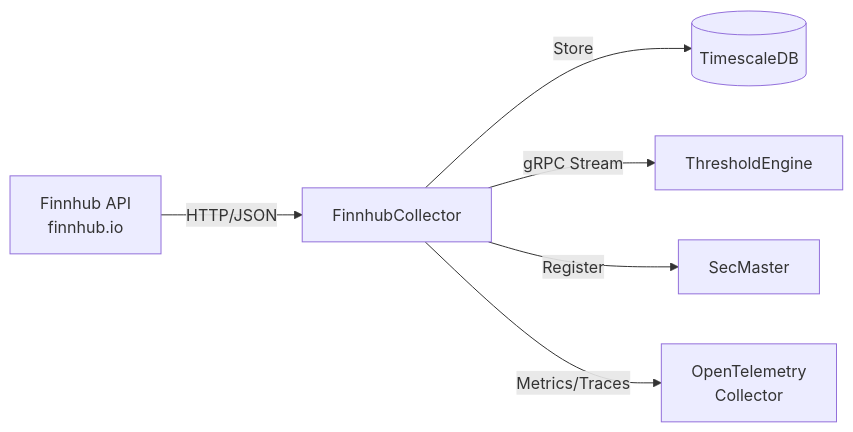
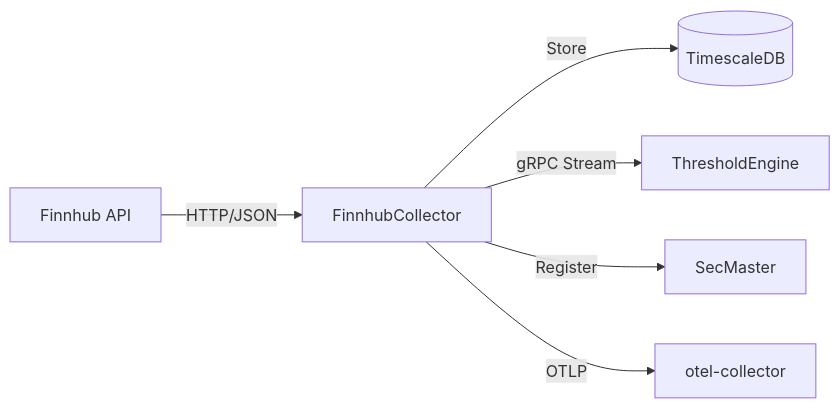
One commit to jpansarasa/ATLAS-Docs changed the diagram in FinnhubCollector/README.md. Above: the diagram before and after it, drawn with Mermaid. The commit also changed other lines of this file and 22 other files, not shown here.

````diff
--- a/FinnhubCollector/README.md
+++ b/FinnhubCollector/README.md
@@ -11,8 +11,8 @@
 ```mermaid
 flowchart LR
-    FH[Finnhub API<br/>finnhub.io] -->|HTTP/JSON| FC[FinnhubCollector]
+    FH[Finnhub API] -->|HTTP/JSON| FC[FinnhubCollector]
     FC -->|Store| DB[(TimescaleDB)]
     FC -->|gRPC Stream| TE[ThresholdEngine]
     FC -->|Register| SM[SecMaster]
-    FC -->|Metrics/Traces| OTEL[OpenTelemetry<br/>Collector]
+    FC -->|OTLP| OC[otel-collector]
 ```
````
